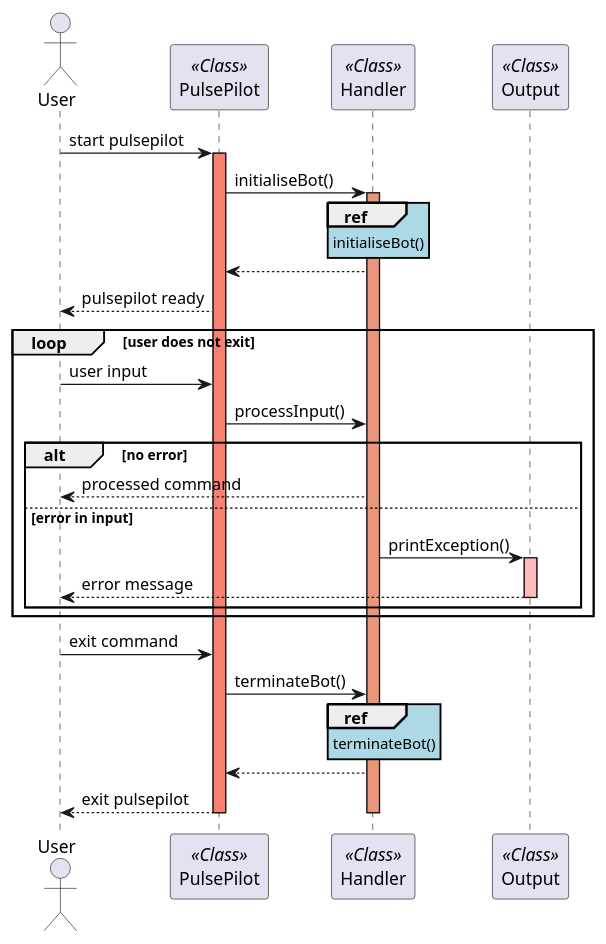
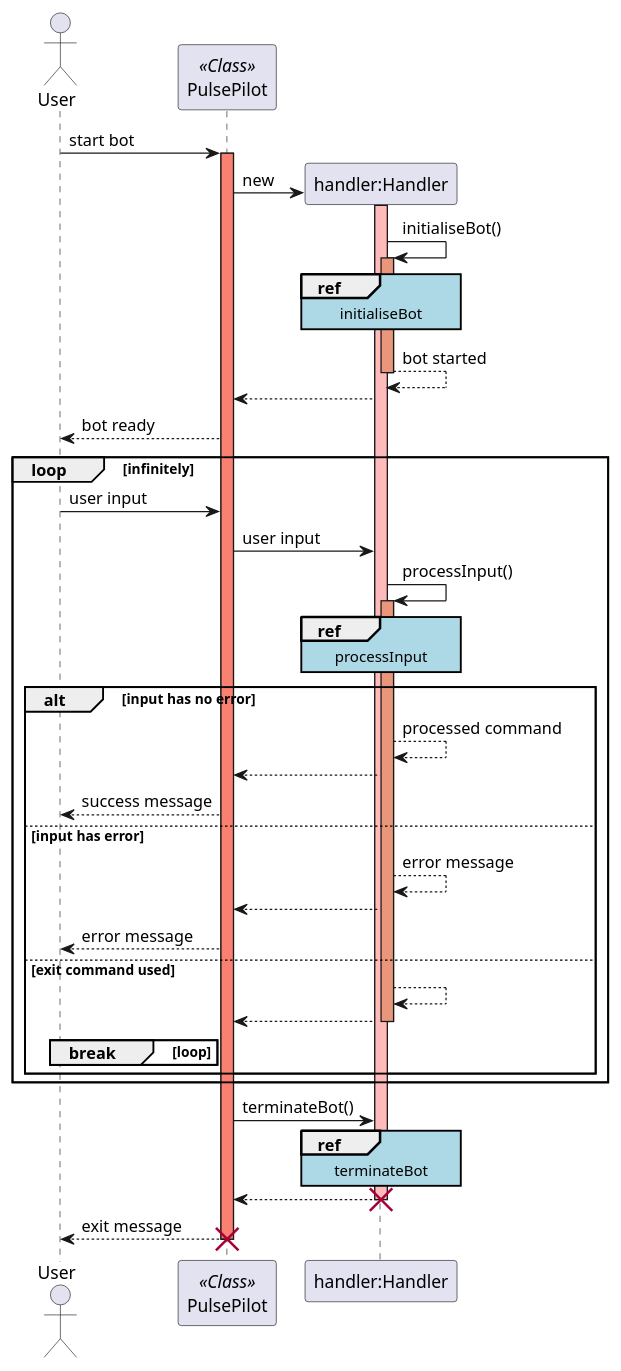
One commit to rouvinerh/tp changed the diagram in docs/puml/sequence_diagrams/handler_sequence_diagram.puml. Above: the diagram before and after it, drawn with PlantUML. The commit also changed 10 other files, not shown here.

Commit message:
Add initialiseBot, processInput and terminateBot to DG

```diff
--- a/docs/puml/sequence_diagrams/handler_sequence_diagram.puml
+++ b/docs/puml/sequence_diagrams/handler_sequence_diagram.puml
@@ -1,40 +1,51 @@
+@startuml
 actor User
 skinparam sequenceReferenceBackgroundColor lightblue
-participant PulsePilot as PulsePilot << Class >>
-participant Handler as Handler << Class >>
-participant Output as Output << Class >>
+participant PulsePilot as PulsePilot <<Class>>
 
+User -> PulsePilot: start bot
+activate PulsePilot #Salmon
+PulsePilot -> "handler:Handler" **: new
+activate "handler:Handler" #FFBBBB
+"handler:Handler" -> "handler:Handler": initialiseBot()
+activate "handler:Handler" #DarkSalmon
+ref over "handler:Handler": initialiseBot
+"handler:Handler" --> "handler:Handler": bot started
+deactivate "handler:Handler" #DarkSalmon
+"handler:Handler" --> PulsePilot 
+PulsePilot --> User: bot ready
 
-User -> PulsePilot: start pulsepilot
-activate PulsePilot #salmon
-PulsePilot -> Handler: initialiseBot()
-activate Handler #darksalmon
-ref over Handler: initialiseBot()
-Handler --> PulsePilot:
-PulsePilot --> User: pulsepilot ready
-
-
-loop user does not exit
+loop infinitely
     User -> PulsePilot: user input
-    PulsePilot -> Handler: processInput()
-
-    alt no error
-    Handler --> User: processed command
-
-
-    else error in input
-    Handler -> Output: printException()
-    activate Output #FFBBBB
-    Output --> User: error message
-    deactivate Output
+    PulsePilot -> "handler:Handler": user input
+    "handler:Handler" -> "handler:Handler": processInput()
+    ref over "handler:Handler": processInput
+    activate "handler:Handler" #DarkSalmon
+    alt input has no error
+        "handler:Handler" --> "handler:Handler": processed command
+        "handler:Handler" --> PulsePilot:
+        PulsePilot --> User: success message
+        
+    else input has error
+        "handler:Handler" --> "handler:Handler": error message
+        "handler:Handler" --> PulsePilot:
+        PulsePilot --> User: error message
+        
+    else exit command used
+        "handler:Handler" --> "handler:Handler":  
+        "handler:Handler" --> PulsePilot:
+        break loop
+        
+        deactivate "handler:Handler" #DarkSalmon
+        
+        end
     end
 end
-
-User -> PulsePilot: exit command
-PulsePilot -> Handler: terminateBot()
-ref over Handler: terminateBot()
-Handler --> PulsePilot: 
-PulsePilot --> User: exit pulsepilot
-deactivate Handler
-deactivate PulsePilot
-deactivate User
+    PulsePilot -> "handler:Handler": terminateBot()
+    ref over "handler:Handler": terminateBot
+    "handler:Handler" --> PulsePilot:
+    destroy "handler:Handler"
+    PulsePilot --> User: exit message
+    deactivate PulsePilot
+    destroy PulsePilot
+@enduml
```
